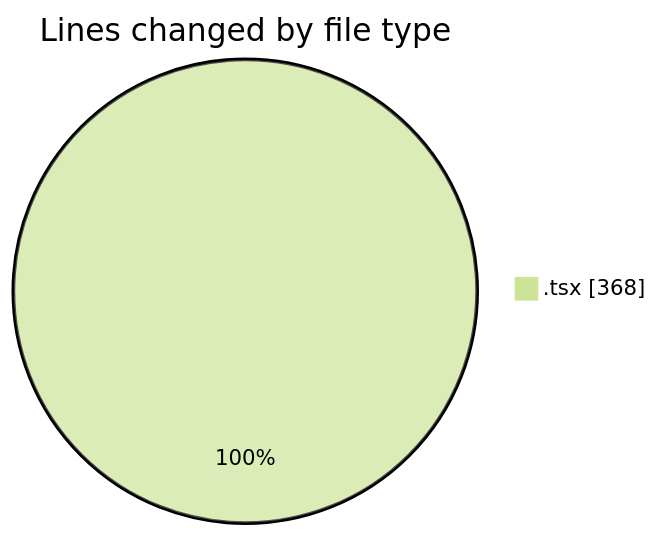
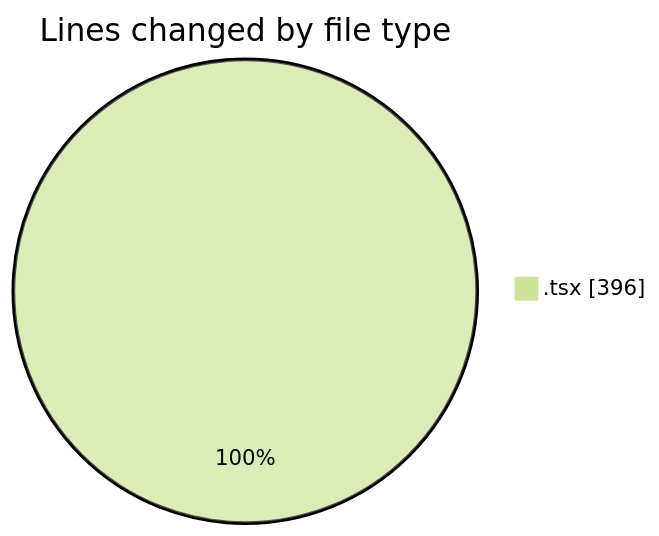
One commit to momahboobian/code-tracking changed the first of 2 diagrams in 2025-09-14/cda/README.md. Above: the diagram before and after it, drawn with Mermaid (forest theme). The commit also changed other lines of this file and 1 other file, not shown here.

````diff
--- a/2025-09-14/cda/README.md
+++ b/2025-09-14/cda/README.md
@@ -20,5 +20,5 @@
 ```mermaid
 pie showData
 title Lines changed by file type
-".tsx" : 368
+".tsx" : 396
 ```
````
